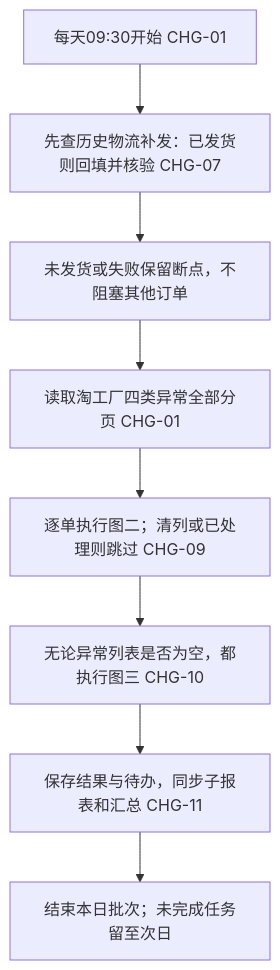
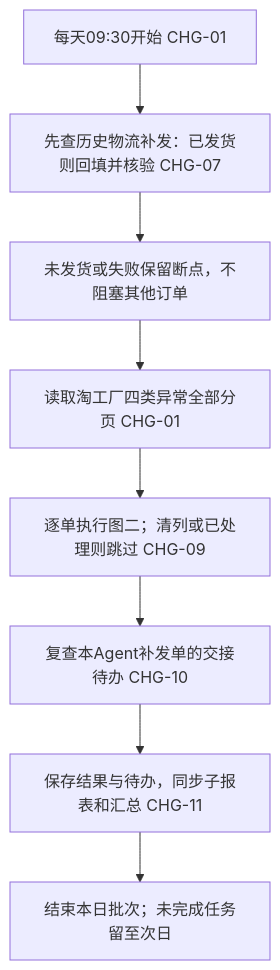
One commit to dtingyoung123-stack/xianma-work changed the first of 3 diagrams in logistics-monitor/v1/淘工厂物流监控Agent_V1.0_PRD.md. Above: the diagram before and after it, drawn with Mermaid. The commit also changed other lines of this file and 3 other files, not shown here.

````diff
--- a/logistics-monitor/v1/淘工厂物流监控Agent_V1.0_PRD.md
+++ b/logistics-monitor/v1/淘工厂物流监控Agent_V1.0_PRD.md
@@ -110,10 +111,10 @@
 ```mermaid
 flowchart TD
     A["每天09:30开始 CHG-01"] --> B["先查历史物流补发：已发货则回填并核验 CHG-07"]
     B --> C["未发货或失败保留断点，不阻塞其他订单"]
     C --> D["读取淘工厂四类异常全部分页 CHG-01"]
     D --> E["逐单执行图二；清列或已处理则跳过 CHG-09"]
-    E --> F["无论异常列表是否为空，都执行图三 CHG-10"]
+    E --> F["复查本Agent补发单的交接待办 CHG-10"]
     F --> G["保存结果与待办，同步子报表和汇总 CHG-11"]
     G --> H["结束本日批次；未完成任务留至次日"]
 ```
````
